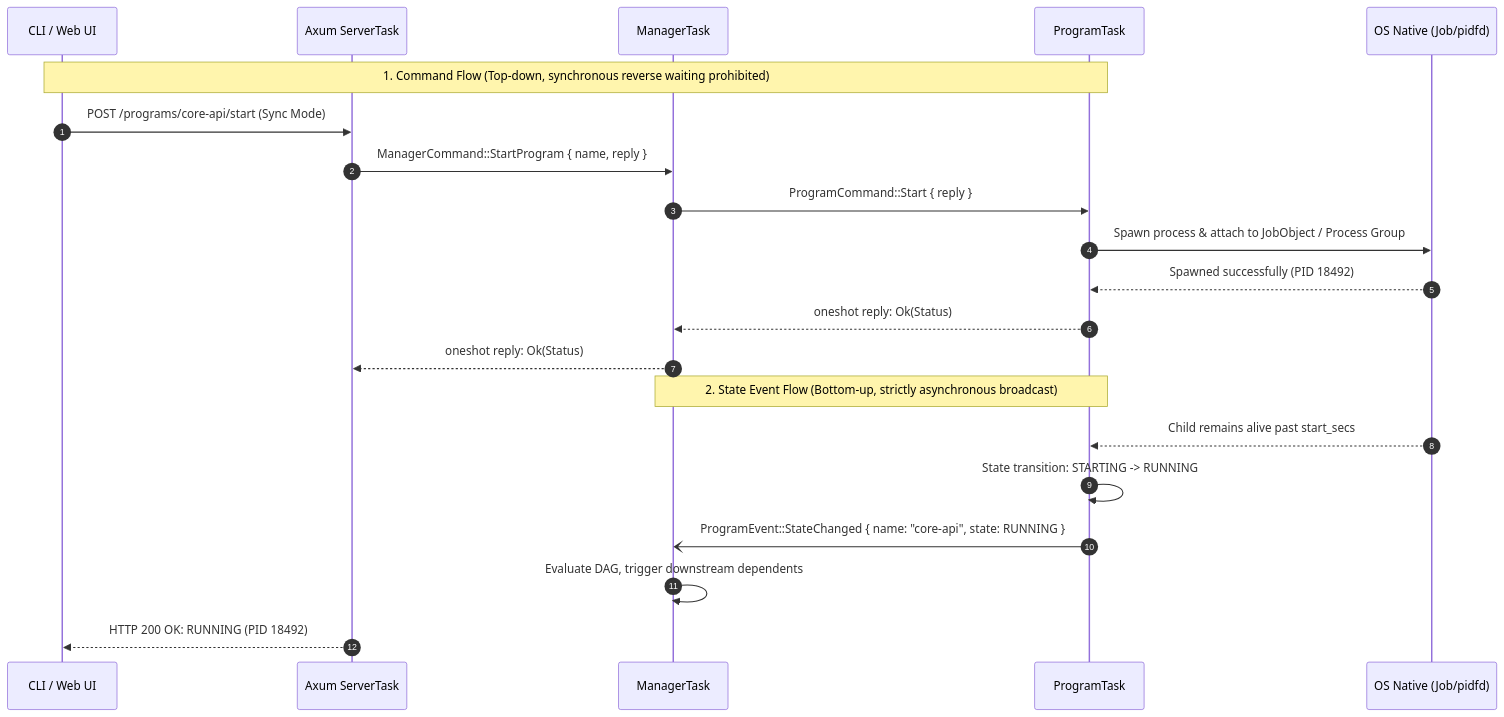
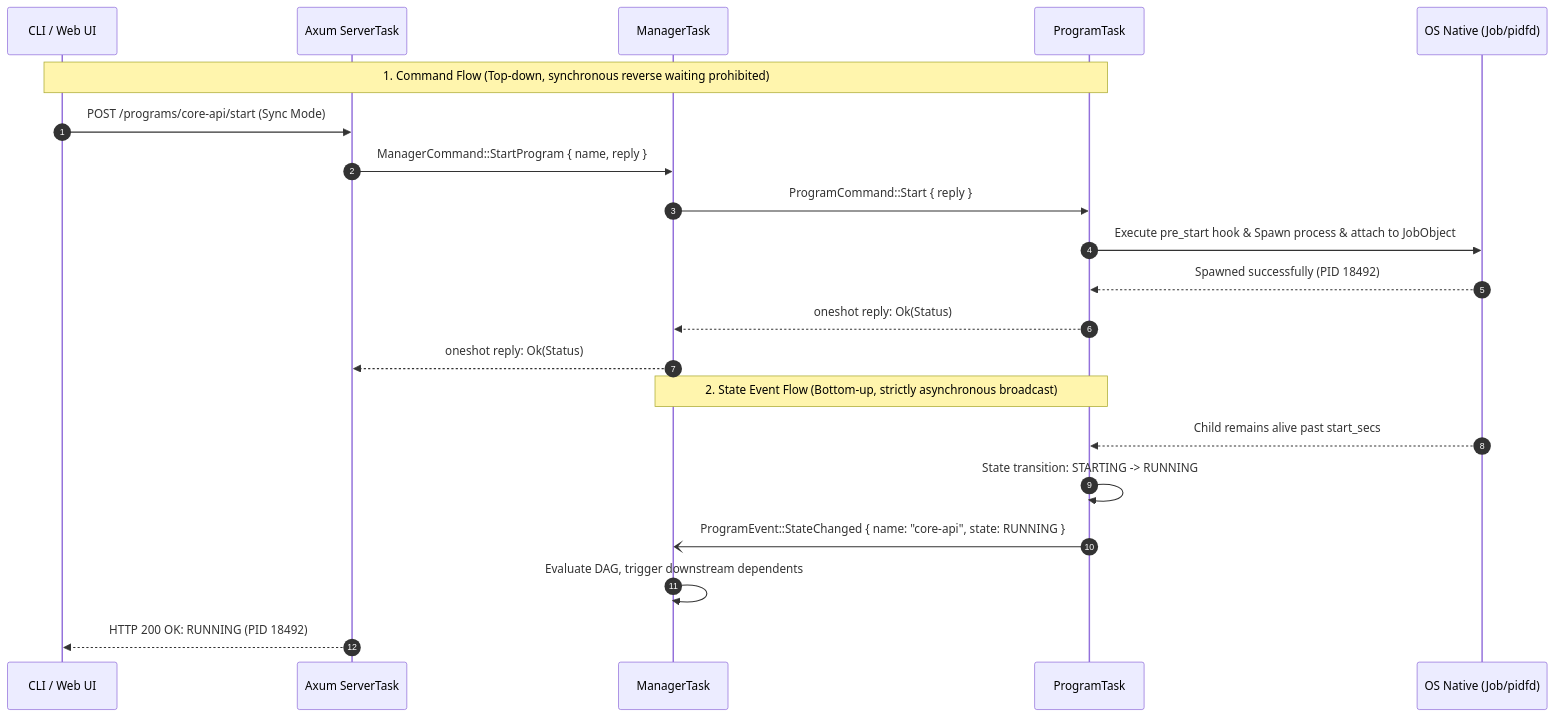
Before and after one commit to spritetong/rsupervisord: the second of 8 diagrams in docs/DESIGN.md, drawn with Mermaid. The commit also changed other lines of this file and 22 other files, not shown here.

````diff
--- a/docs/DESIGN.md
+++ b/docs/DESIGN.md
@@ -99,25 +103,25 @@
 ```mermaid
 sequenceDiagram
     autonumber
     participant Client as CLI / Web UI
     participant Server as Axum ServerTask
     participant Manager as ManagerTask
     participant Program as ProgramTask
     participant OS as OS Native (Job/pidfd)
 
     Note over Client, Program: 1. Command Flow (Top-down, synchronous reverse waiting prohibited)
     Client->>Server: POST /programs/core-api/start (Sync Mode)
     Server->>Manager: ManagerCommand::StartProgram { name, reply }
     Manager->>Program: ProgramCommand::Start { reply }
-    Program->>OS: Spawn process & attach to JobObject / Process Group
+    Program->>OS: Execute pre_start hook & Spawn process & attach to JobObject
     OS-->>Program: Spawned successfully (PID 18492)
     Program-->>Manager: oneshot reply: Ok(Status)
     Manager-->>Server: oneshot reply: Ok(Status)
 
     Note over Program, Manager: 2. State Event Flow (Bottom-up, strictly asynchronous broadcast)
     OS-->>Program: Child remains alive past start_secs
     Program->>Program: State transition: STARTING -> RUNNING
     Program-)Manager: ProgramEvent::StateChanged { name: "core-api", state: RUNNING }
     Manager->>Manager: Evaluate DAG, trigger downstream dependents
     Server-->>Client: HTTP 200 OK: RUNNING (PID 18492)
 ```
````
